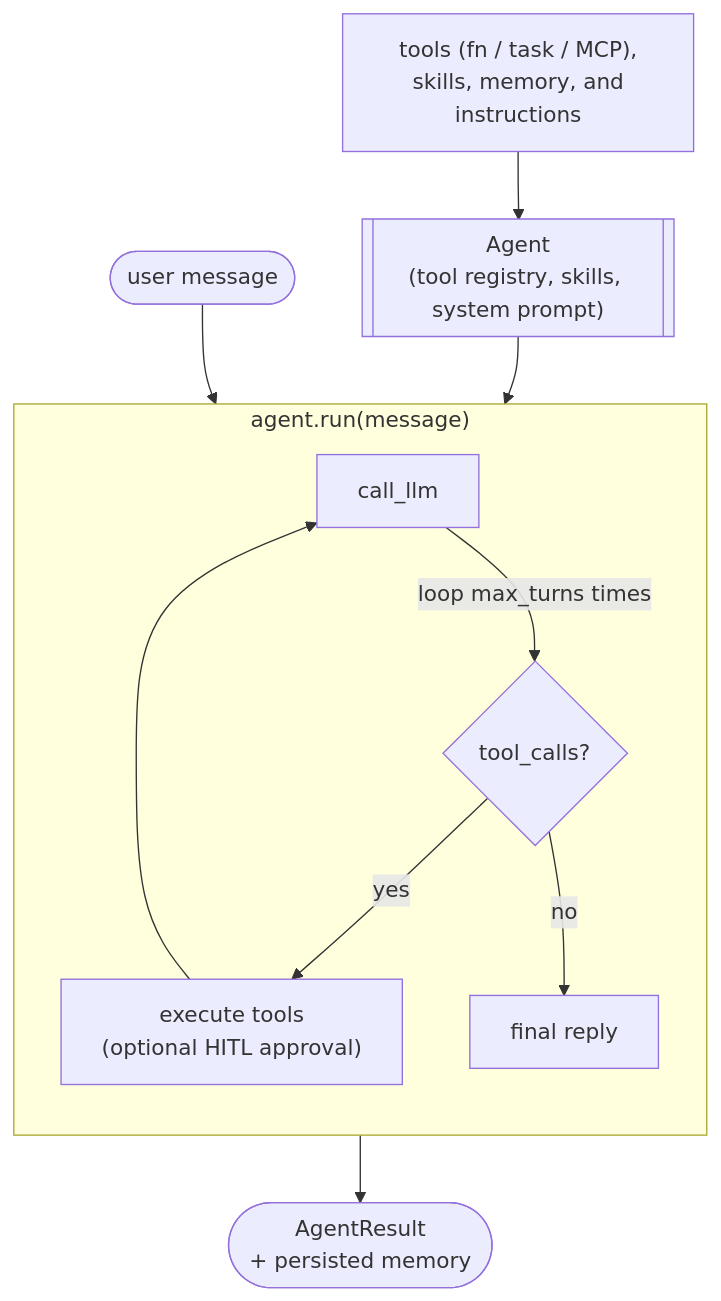
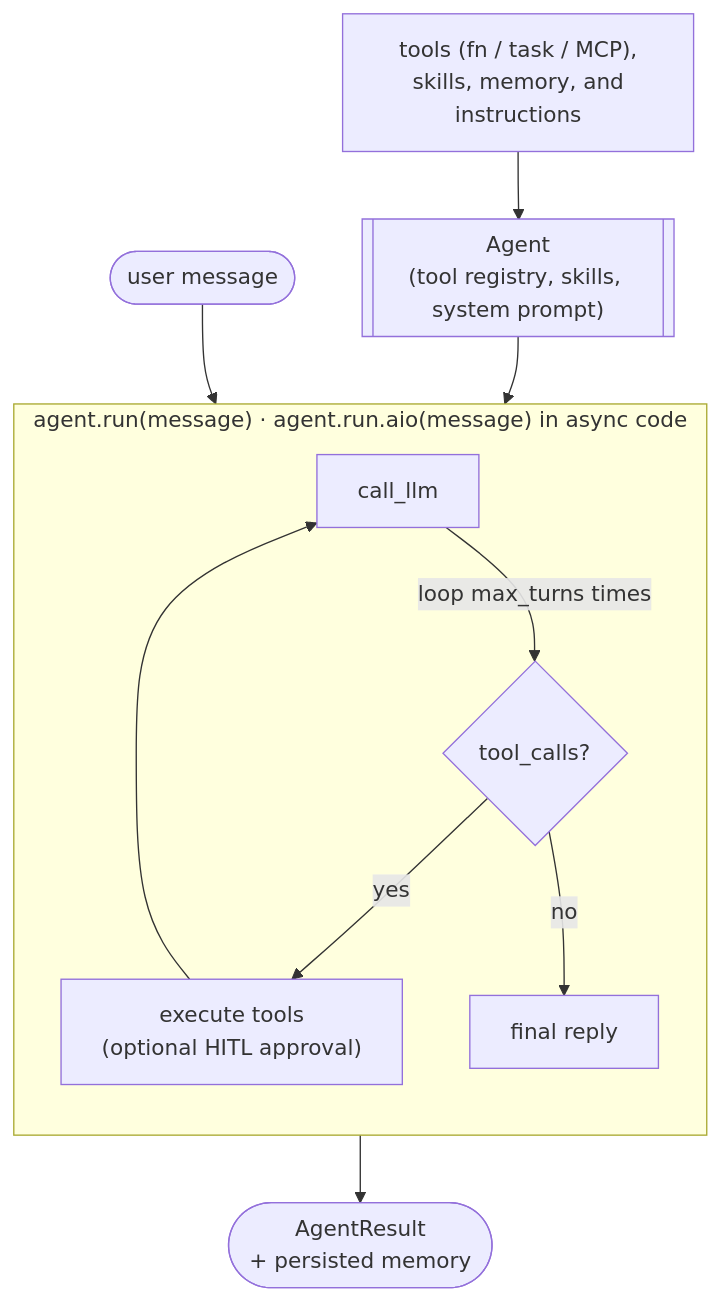
The diagram in examples/agents/flyte_agent/README.md (flyteorg/flyte-sdk), drawn with Mermaid before and after one commit. The commit also changed other lines of this file and 20 other files, not shown here.

Commit message:
asyncify Agent.run

````diff
--- a/examples/agents/flyte_agent/README.md
+++ b/examples/agents/flyte_agent/README.md
@@ -31,17 +33,17 @@
 ```mermaid
 flowchart TB
     inputs["tools (fn / task / MCP),<br/> skills, memory, and instructions"]
     inputs --> agent[["Agent<br/>(tool registry, skills, system prompt)"]]
 
-    subgraph loop["agent.run(message)"]
+    subgraph loop["agent.run(message)  ·  agent.run.aio(message) in async code"]
       direction TB
       llm["call_llm"] --loop max_turns times--> branch{"tool_calls?"}
       branch -- yes --> exec["execute tools<br/>(optional HITL approval)"]
       exec --> llm
       branch -- no --> done["final reply"]
     end
 
     user(["user message"]) --> llm
     agent --> llm
     done --> result(["AgentResult<br/>+ persisted memory"])
 ```
````
